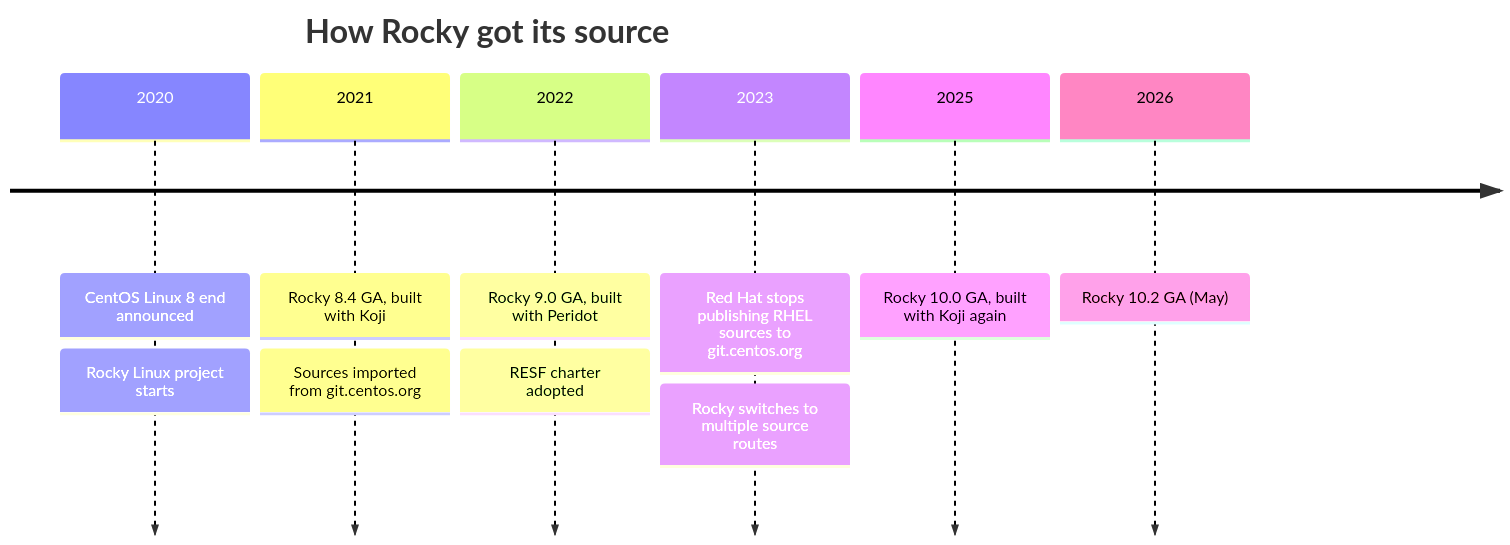
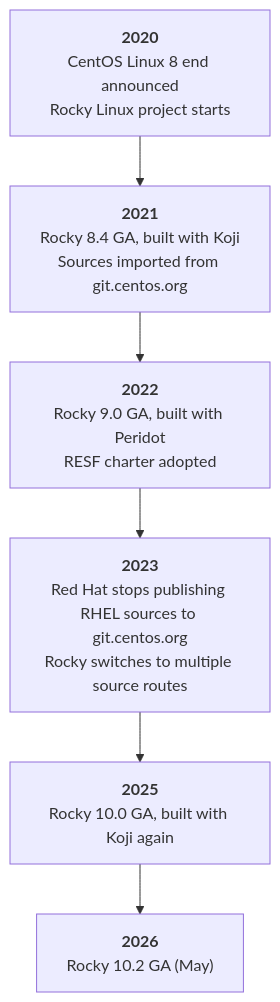
The second of 8 diagrams in content/21-inside-rocky-linux.md (ssimpson89/LinuxTrainingCourse), drawn with Mermaid before and after one commit. The commit also changed other lines of this file and 23 other files, not shown here.

First line of the commit message:
Make long flowcharts vertical and replace timelines for readability

````diff
--- a/content/21-inside-rocky-linux.md
+++ b/content/21-inside-rocky-linux.md
@@ -60,14 +62,10 @@
 ```mermaid
-timeline
-    title How Rocky got its source
-    2020 : CentOS Linux 8 end announced
-         : Rocky Linux project starts
-    2021 : Rocky 8.4 GA, built with Koji
-         : Sources imported from git.centos.org
-    2022 : Rocky 9.0 GA, built with Peridot
-         : RESF charter adopted
-    2023 : Red Hat stops publishing RHEL sources to git.centos.org
-         : Rocky switches to multiple source routes
-    2025 : Rocky 10.0 GA, built with Koji again
-    2026 : Rocky 10.2 GA (May)
+flowchart TB
+    T0["<b>2020</b><br/>CentOS Linux 8 end announced<br/>Rocky Linux project starts"]
+    T1["<b>2021</b><br/>Rocky 8.4 GA, built with Koji<br/>Sources imported from git.centos.org"]
+    T2["<b>2022</b><br/>Rocky 9.0 GA, built with Peridot<br/>RESF charter adopted"]
+    T3["<b>2023</b><br/>Red Hat stops publishing RHEL sources to git.centos.org<br/>Rocky switches to multiple source routes"]
+    T4["<b>2025</b><br/>Rocky 10.0 GA, built with Koji again"]
+    T5["<b>2026</b><br/>Rocky 10.2 GA (May)"]
+    T0 --> T1 --> T2 --> T3 --> T4 --> T5
 ```
````
